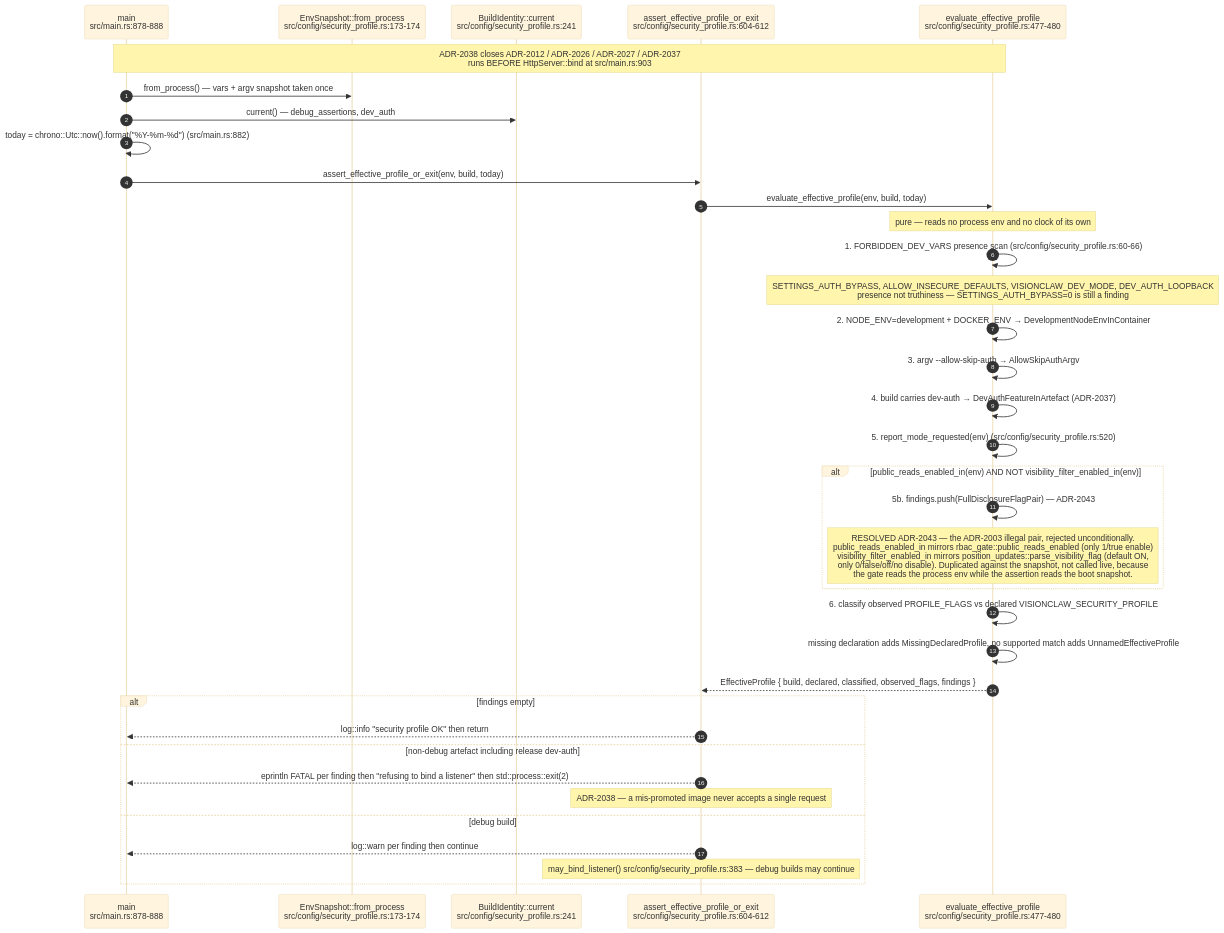
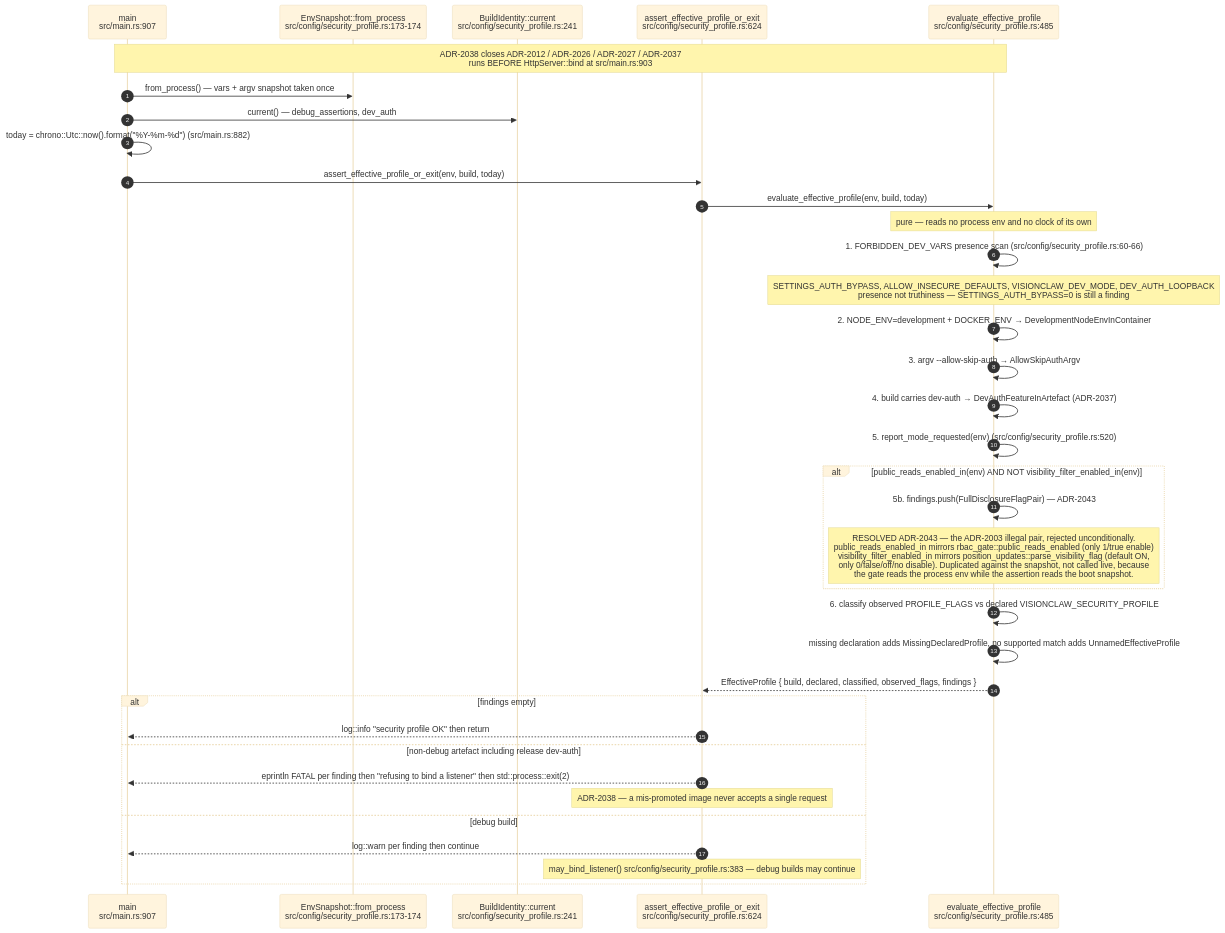
Before and after one commit to DreamLab-AI/VisionFlow: the fourth of 15 diagrams in docs/diagrams/visionclaw/09-config-and-env-flags.md, drawn with Mermaid (base theme). The commit also changed other lines of this file and 51 other files, not shown here.

First line of the commit message:
docs(diagrams): agentbox AB-01..13 re-attested anchor by anchor (980 anchors, 22 defects); checkpoint against an out-of-mesh writer

````diff
--- a/docs/diagrams/visionclaw/09-config-and-env-flags.md
+++ b/docs/diagrams/visionclaw/09-config-and-env-flags.md
@@ -184,39 +184,39 @@
 ```mermaid
 sequenceDiagram
     autonumber
-    participant M as main<br/>src/main.rs:878-888
+    participant M as main<br/>src/main.rs:907
     participant E as EnvSnapshot::from_process<br/>src/config/security_profile.rs:173-174
     participant BI as BuildIdentity::current<br/>src/config/security_profile.rs:241
-    participant A as assert_effective_profile_or_exit<br/>src/config/security_profile.rs:604-612
-    participant V as evaluate_effective_profile<br/>src/config/security_profile.rs:477-480
+    participant A as assert_effective_profile_or_exit<br/>src/config/security_profile.rs:624
+    participant V as evaluate_effective_profile<br/>src/config/security_profile.rs:485
 
     Note over M,V: ADR-2038 closes ADR-2012 / ADR-2026 / ADR-2027 / ADR-2037<br/>runs BEFORE HttpServer::bind at src/main.rs:903
     M->>E: from_process() — vars + argv snapshot taken once
     M->>BI: current() — debug_assertions, dev_auth
     M->>M: today = chrono::Utc::now().format("%Y-%m-%d") (src/main.rs:882)
     M->>A: assert_effective_profile_or_exit(env, build, today)
     A->>V: evaluate_effective_profile(env, build, today)
     Note over V: pure — reads no process env and no clock of its own
     V->>V: 1. FORBIDDEN_DEV_VARS presence scan (src/config/security_profile.rs:60-66)
     Note over V: SETTINGS_AUTH_BYPASS, ALLOW_INSECURE_DEFAULTS, VISIONCLAW_DEV_MODE, DEV_AUTH_LOOPBACK<br/>presence not truthiness — SETTINGS_AUTH_BYPASS=0 is still a finding
     V->>V: 2. NODE_ENV=development + DOCKER_ENV → DevelopmentNodeEnvInContainer
     V->>V: 3. argv --allow-skip-auth → AllowSkipAuthArgv
     V->>V: 4. build carries dev-auth → DevAuthFeatureInArtefact (ADR-2037)
     V->>V: 5. report_mode_requested(env) (src/config/security_profile.rs:520)
     alt public_reads_enabled_in(env) AND NOT visibility_filter_enabled_in(env)
         V->>V: 5b. findings.push(FullDisclosureFlagPair) — ADR-2043
         Note over V: RESOLVED ADR-2043 — the ADR-2003 illegal pair, rejected unconditionally.<br/>public_reads_enabled_in mirrors rbac_gate::public_reads_enabled (only 1/true enable)<br/>visibility_filter_enabled_in mirrors position_updates::parse_visibility_flag (default ON,<br/>only 0/false/off/no disable). Duplicated against the snapshot, not called live, because<br/>the gate reads the process env while the assertion reads the boot snapshot.
     end
     V->>V: 6. classify observed PROFILE_FLAGS vs declared VISIONCLAW_SECURITY_PROFILE
     V->>V: missing declaration adds MissingDeclaredProfile, no supported match adds UnnamedEffectiveProfile
     V-->>A: EffectiveProfile { build, declared, classified, observed_flags, findings }
     alt findings empty
         A-->>M: log::info "security profile OK" then return
     else non-debug artefact including release dev-auth
         A-->>M: eprintln FATAL per finding then "refusing to bind a listener" then std::process::exit(2)
         Note over A: ADR-2038 — a mis-promoted image never accepts a single request
     else debug build
         A-->>M: log::warn per finding then continue
         Note over A: may_bind_listener() src/config/security_profile.rs:383 — debug builds may continue
     end
 ```
````
